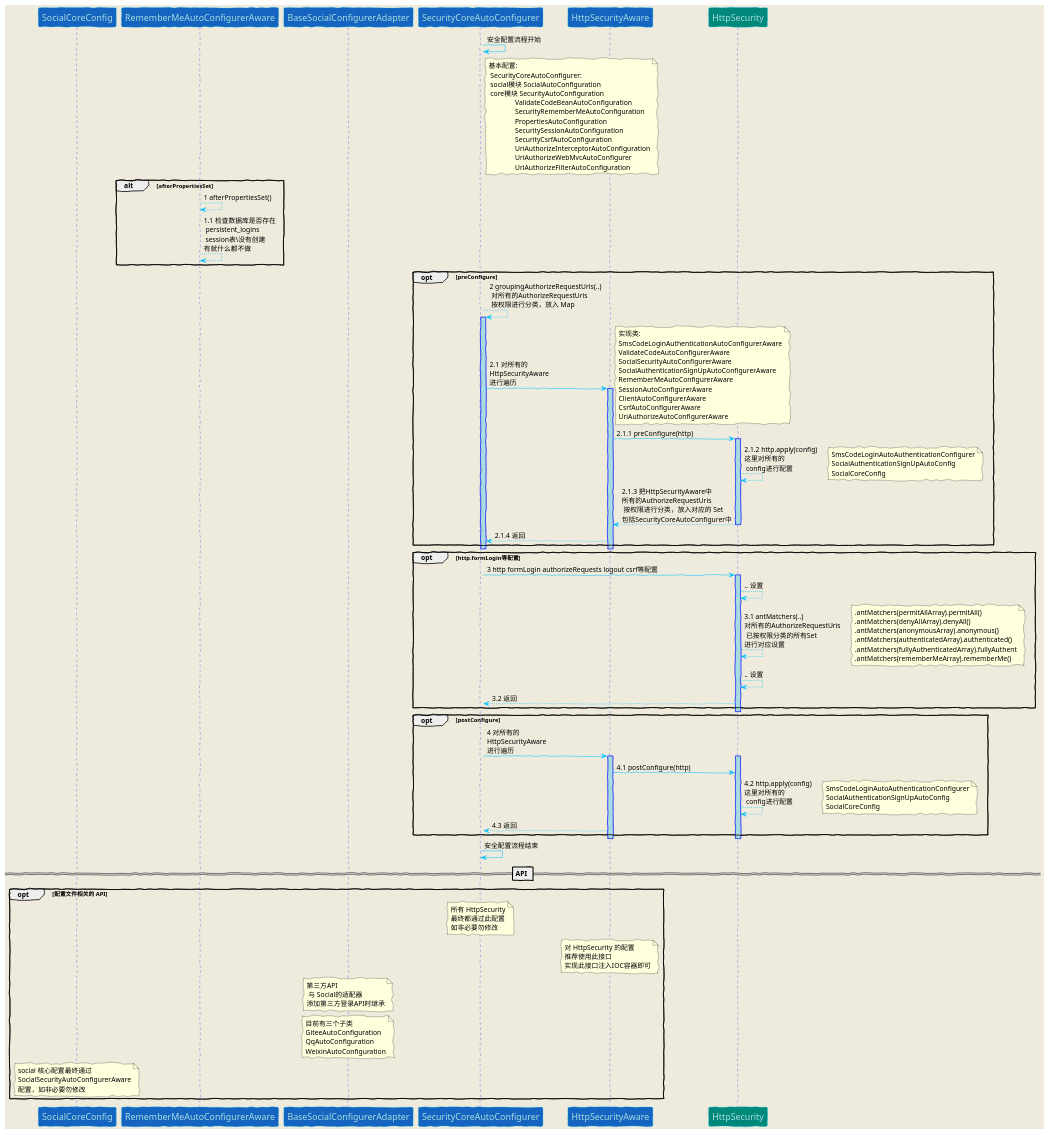
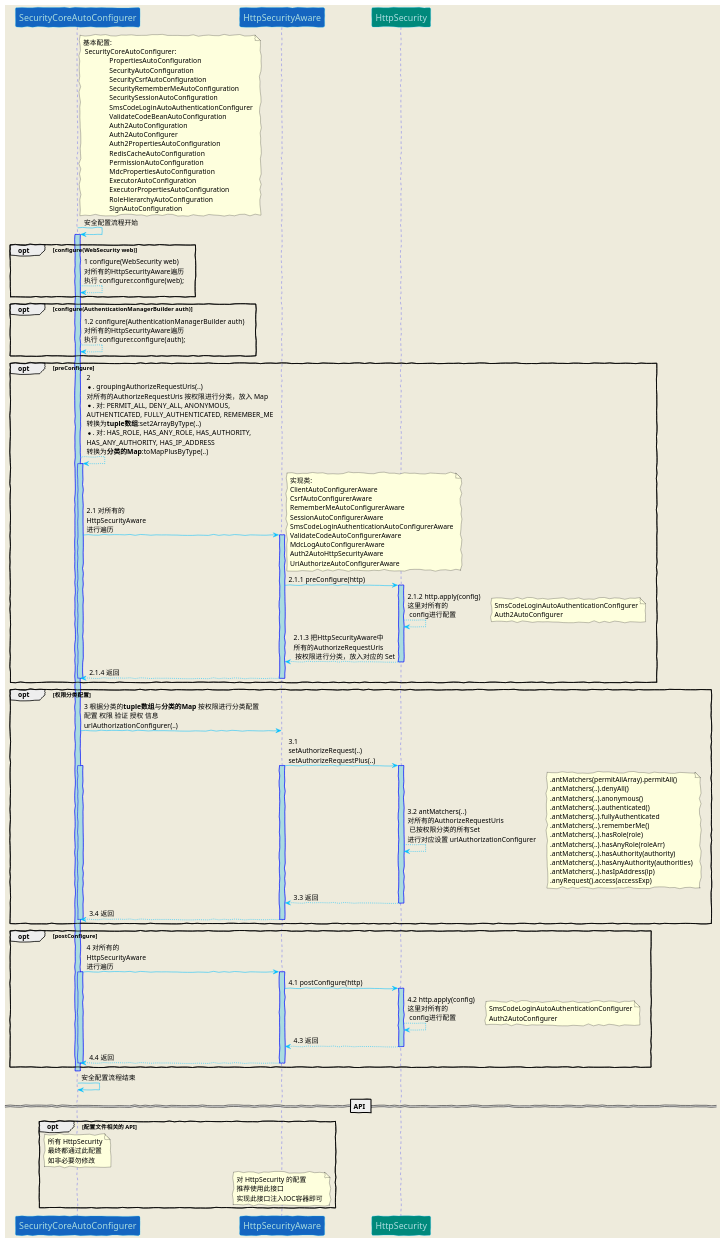
The diagram in doc/puml/securityConfigurer.puml (ZeroOrInfinity/UMS), drawn with PlantUML before and after one commit. The commit also changed 5 other files, not shown here.

Commit message:
文档: 更新 HttpSecurity 的配置时序图

```diff
--- a/doc/puml/securityConfigurer.puml
+++ b/doc/puml/securityConfigurer.puml
@@ -1,113 +1,142 @@
 @startuml
 
 skinparam backgroundColor #EEEBDC
 skinparam handwritten true
 skinparam sequence {
 ArrowColor DeepSkyBlue
 ActorBorderColor DeepSkyBlue
 LifeLineBorderColor blue
 LifeLineBackgroundColor #A9DCDF
 ParticipantBorderColor DeepSkyBlue
 ParticipantBackgroundColor #00897b
 ParticipantFontName Impact
 ParticipantFontSize 17
 ParticipantFontColor #A9DCDF
 ActorBackgroundColor aqua
 ActorFontColor DeepSkyBlue
 ActorFontSize 17
 ActorFontName Aapex
 }
-participant "SocialCoreConfig"  #1565c0
-participant "RememberMeAutoConfigurerAware"  #1565c0
-
-participant "BaseSocialConfigurerAdapter"  #1565c0
 
 participant "SecurityCoreAutoConfigurer" #1565c0
+note right SecurityCoreAutoConfigurer: 基本配置:\n SecurityCoreAutoConfigurer: \n\
+               PropertiesAutoConfiguration\n               SecurityAutoConfiguration\n\
+               SecurityCsrfAutoConfiguration\n               SecurityRememberMeAutoConfiguration\n\
+               SecuritySessionAutoConfiguration\n\                SmsCodeLoginAutoAuthenticationConfigurer\n\
+               ValidateCodeBeanAutoConfiguration\n\                Auth2AutoConfiguration\n\
+               Auth2AutoConfigurer\n\                Auth2PropertiesAutoConfiguration\n\
+               RedisCacheAutoConfiguration\n\                PermissionAutoConfiguration\n\
+               MdcPropertiesAutoConfiguration\n\                ExecutorAutoConfiguration\n\
+               ExecutorPropertiesAutoConfiguration\n\                RoleHierarchyAutoConfiguration\n\
+               SignAutoConfiguration
+
 SecurityCoreAutoConfigurer -> SecurityCoreAutoConfigurer: 安全配置流程开始
-note right SecurityCoreAutoConfigurer: 基本配置:\n SecurityCoreAutoConfigurer: \n\
- social模块 SocialAutoConfiguration\n core模块 SecurityAutoConfiguration\n\
-               ValidateCodeBeanAutoConfiguration\n               SecurityRememberMeAutoConfiguration\n\
-               PropertiesAutoConfiguration\n\                SecuritySessionAutoConfiguration\n\
-               SecurityCsrfAutoConfiguration\n\                UriAuthorizeInterceptorAutoConfiguration\n\
-               UriAuthorizeWebMvcAutoConfigurer\n\                UriAuthorizeFilterAutoConfiguration
-alt afterPropertiesSet
-RememberMeAutoConfigurerAware --> RememberMeAutoConfigurerAware: 1 afterPropertiesSet()
-RememberMeAutoConfigurerAware --> RememberMeAutoConfigurerAware: 1.1 检查数据库是否存在\n persistent_logins\n session表\没有创建\n有就什么都不做
+
+activate SecurityCoreAutoConfigurer
+
+opt configure(WebSecurity web)
+SecurityCoreAutoConfigurer --> SecurityCoreAutoConfigurer: 1 configure(WebSecurity web)\n\
+对所有的HttpSecurityAware遍历\n\
+执行 configurer.configure(web);
 end
-activate SecurityCoreAutoConfigurer
+
+opt configure(AuthenticationManagerBuilder auth)
+SecurityCoreAutoConfigurer --> SecurityCoreAutoConfigurer: 1.2 configure(AuthenticationManagerBuilder auth)\n\
+对所有的HttpSecurityAware遍历\n\
+执行 configurer.configure(auth);
+end
+
 opt preConfigure
-SecurityCoreAutoConfigurer --> SecurityCoreAutoConfigurer: 2 groupingAuthorizeRequestUris(..)\n 对所有的AuthorizeRequestUris\n 按权限进行分类，放入 Map
+SecurityCoreAutoConfigurer --> SecurityCoreAutoConfigurer: 2 \n\
+*. groupingAuthorizeRequestUris(..)\n\
+对所有的AuthorizeRequestUris 按权限进行分类，放入 Map\n\
+*. 对: PERMIT_ALL, DENY_ALL, ANONYMOUS,\nAUTHENTICATED, FULLY_AUTHENTICATED, REMEMBER_ME\n\
+转换为**tuple数组**:set2ArrayByType(..)\n\
+*. 对: HAS_ROLE, HAS_ANY_ROLE, HAS_AUTHORITY, \nHAS_ANY_AUTHORITY, HAS_IP_ADDRESS\n\
+转换为**分类的Map**:toMapPlusByType(..)
 activate SecurityCoreAutoConfigurer
 participant "HttpSecurityAware" #1565c0
 SecurityCoreAutoConfigurer -> HttpSecurityAware: 2.1 对所有的\nHttpSecurityAware\n进行遍历
 activate HttpSecurityAware
 note right : 实现类:\n\
+ClientAutoConfigurerAware\n\
+CsrfAutoConfigurerAware\n\
+RememberMeAutoConfigurerAware\n\
+SessionAutoConfigurerAware\n\
 SmsCodeLoginAuthenticationAutoConfigurerAware\n\
 ValidateCodeAutoConfigurerAware\n\
-SocialSecurityAutoConfigurerAware\n\
-SocialAuthenticationSignUpAutoConfigurerAware\n\
-RememberMeAutoConfigurerAware\n\
-SessionAutoConfigurerAware\n\
-ClientAutoConfigurerAware\n\
-CsrfAutoConfigurerAware\n\
+MdcLogAutoConfigurerAware\n\
+Auth2AutoHttpSecurityAware\n\
 UriAuthorizeAutoConfigurerAware
 HttpSecurityAware -> HttpSecurity: 2.1.1 preConfigure(http)
 activate HttpSecurity
 HttpSecurity --> HttpSecurity: 2.1.2 http.apply(config)\n这里对所有的\n config进行配置
 note right : SmsCodeLoginAutoAuthenticationConfigurer\n\
-SocialAuthenticationSignUpAutoConfig\n\
-SocialCoreConfig
-HttpSecurity --> HttpSecurityAware: 2.1.3 把HttpSecurityAware中\n所有的AuthorizeRequestUris\n 按权限进行分类，放入对应的 Set\n包括SecurityCoreAutoConfigurer中
+Auth2AutoConfigurer
+HttpSecurity --> HttpSecurityAware: 2.1.3 把HttpSecurityAware中\n所有的AuthorizeRequestUris\n 按权限进行分类，放入对应的 Set
 deactivate HttpSecurity
 HttpSecurityAware --> SecurityCoreAutoConfigurer: 2.1.4 返回
+deactivate SecurityCoreAutoConfigurer
+deactivate HttpSecurityAware
 end
+opt 权限分类配置
+SecurityCoreAutoConfigurer -> HttpSecurityAware: 3 根据分类的**tuple数组**与**分类的Map** 按权限进行分类配置\n\
+配置 权限 验证 授权 信息\n\
+urlAuthorizationConfigurer(..)
+HttpSecurityAware -> HttpSecurity: 3.1 \n\
+setAuthorizeRequest(..)\n\
+setAuthorizeRequestPlus(..)
+activate HttpSecurityAware
+activate SecurityCoreAutoConfigurer
+activate HttpSecurity
+HttpSecurity --> HttpSecurity: 3.2 antMatchers(..)\n对所有的AuthorizeRequestUris\n 已按权限分类的所有Set\n\
+进行对应设置 urlAuthorizationConfigurer
+note right : .antMatchers(permitAllArray).permitAll()\n\
+.antMatchers(..).denyAll()\n\
+.antMatchers(..).anonymous()\n\
+.antMatchers(..).authenticated()\n\
+.antMatchers(..).fullyAuthenticated\n\
+.antMatchers(..).rememberMe()\n\
+.antMatchers(..).hasRole(role)\n\
+.antMatchers(..).hasAnyRole(roleArr)\n\
+.antMatchers(..).hasAuthority(authority)\n\
+.antMatchers(..).hasAnyAuthority(authorities)\n\
+.antMatchers(..).hasIpAddress(ip)\n\
+.anyRequest().access(accessExp)
+HttpSecurity --> HttpSecurityAware: 3.3 返回
+deactivate HttpSecurity
+HttpSecurityAware --> SecurityCoreAutoConfigurer: 3.4 返回
 deactivate HttpSecurityAware
 deactivate SecurityCoreAutoConfigurer
-opt http.formLogin等配置
-SecurityCoreAutoConfigurer -> HttpSecurity: 3 http formLogin authorizeRequests logout csrf等配置
-activate HttpSecurity
-HttpSecurity --> HttpSecurity: .. 设置
-HttpSecurity --> HttpSecurity: 3.1 antMatchers(..)\n对所有的AuthorizeRequestUris\n 已按权限分类的所有Set\n进行对应设置
-note right : .antMatchers(permitAllArray).permitAll()\n\
-.antMatchers(denyAllArray).denyAll()\n\
-.antMatchers(anonymousArray).anonymous()\n\
-.antMatchers(authenticatedArray).authenticated()\n\
-.antMatchers(fullyAuthenticatedArray).fullyAuthent\n\
-.antMatchers(rememberMeArray).rememberMe()
-HttpSecurity --> HttpSecurity: .. 设置
-HttpSecurity --> SecurityCoreAutoConfigurer: 3.2 返回
 end
-deactivate HttpSecurity
 activate SecurityCoreAutoConfigurer
 opt postConfigure
 SecurityCoreAutoConfigurer -> HttpSecurityAware: 4 对所有的\nHttpSecurityAware\n进行遍历
+activate SecurityCoreAutoConfigurer
 activate HttpSecurityAware
+HttpSecurityAware -> HttpSecurity: 4.1 postConfigure(http)
 activate HttpSecurity
-HttpSecurityAware -> HttpSecurity: 4.1 postConfigure(http)
 HttpSecurity --> HttpSecurity: 4.2 http.apply(config)\n这里对所有的\n config进行配置
 note right : SmsCodeLoginAutoAuthenticationConfigurer\n\
-SocialAuthenticationSignUpAutoConfig\n\
-SocialCoreConfig
+Auth2AutoConfigurer
+HttpSecurity --> HttpSecurityAware: 4.3 返回
+deactivate HttpSecurity
 
-HttpSecurityAware --> SecurityCoreAutoConfigurer: 4.3 返回
+HttpSecurityAware --> SecurityCoreAutoConfigurer: 4.4 返回
+deactivate SecurityCoreAutoConfigurer
+deactivate HttpSecurityAware
 end
-deactivate HttpSecurity
-deactivate HttpSecurityAware
 deactivate SecurityCoreAutoConfigurer
 
 deactivate SecurityCoreAutoConfigurer
 
 SecurityCoreAutoConfigurer -> SecurityCoreAutoConfigurer: 安全配置流程结束
 
 == API ==
 opt 配置文件相关的 API
 note over SecurityCoreAutoConfigurer: 所有 HttpSecurity\n最终都通过此配置\n如非必要勿修改
 note over HttpSecurityAware: 对 HttpSecurity 的配置\n推荐使用此接口\n实现此接口注入IOC容器即可
 
-note over BaseSocialConfigurerAdapter: 第三方API\n 与 Social的适配器\n添加第三方登录API时继承
-note over BaseSocialConfigurerAdapter: 目前有三个子类\nGiteeAutoConfiguration\nQqAutoConfiguration\nWeixinAutoConfiguration
-note over SocialCoreConfig: social 核心配置最终通过\nSocialSecurityAutoConfigurerAware\n配置，如非必要勿修改
-
 end
 
 @enduml
```
